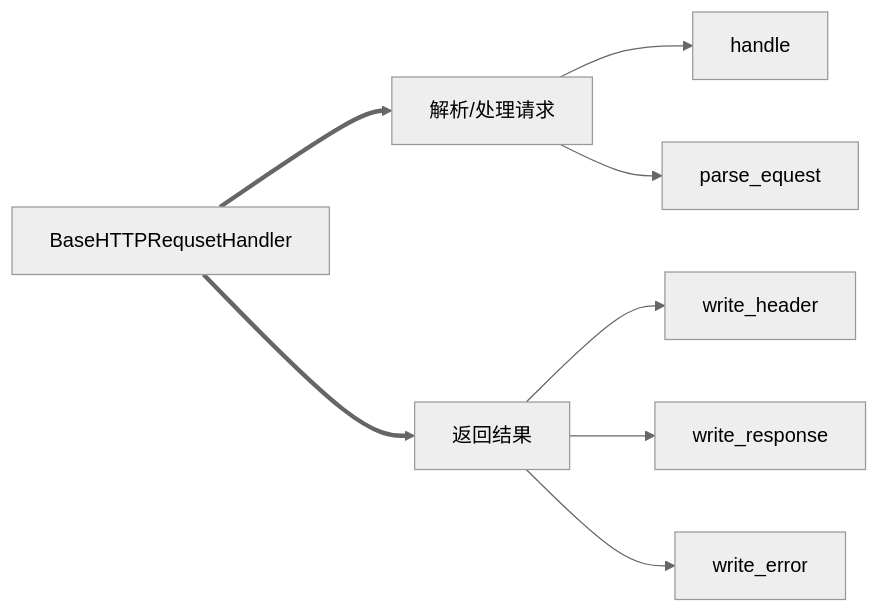
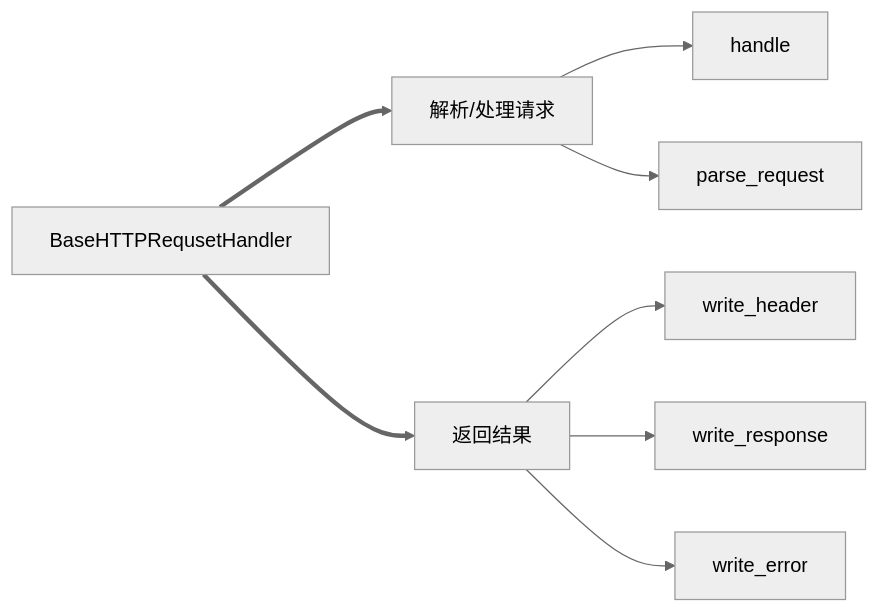
The third of 3 diagrams in source/_posts/http3.md (stargzzx/mergehexo), drawn with Mermaid (neutral theme) before and after one commit. The commit also changed 6 other files, not shown here.

````diff
--- a/source/_posts/http3.md
+++ b/source/_posts/http3.md
@@ -78,13 +78,13 @@
 ```mermaid
 graph LR
 	BaseHTTPRequsetHandler
 	BaseHTTPRequsetHandler==>解析/处理请求
     解析/处理请求
     解析/处理请求-->handle
-    解析/处理请求-->parse_equest
+    解析/处理请求-->parse_request
     BaseHTTPRequsetHandler==>返回结果
     返回结果
     返回结果-->write_header
     返回结果-->write_response
     返回结果-->write_error
 ```
````
